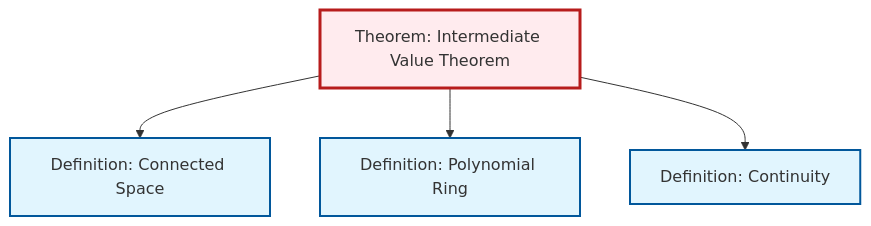
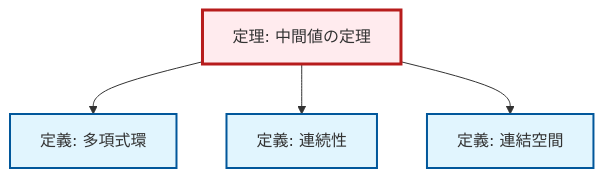
Before and after one commit to RK0429/ModernMath: the diagram in content/ja/topology/thm-intermediate-value.qmd, drawn with Mermaid. The commit also changed 1069 other files, not shown here.

````diff
--- a/content/ja/topology/thm-intermediate-value.qmd
+++ b/content/ja/topology/thm-intermediate-value.qmd
@@ -52,20 +52,20 @@
 ```{mermaid}
 %%| fig-cap: "Local dependency graph"
 graph TD
     classDef definition fill:#e1f5fe,stroke:#01579b,stroke-width:2px
     classDef theorem fill:#f3e5f5,stroke:#4a148c,stroke-width:2px
     classDef axiom fill:#fff3e0,stroke:#e65100,stroke-width:2px
     classDef example fill:#e8f5e9,stroke:#1b5e20,stroke-width:2px
     classDef current fill:#ffebee,stroke:#b71c1c,stroke-width:3px
-    thm-intermediate-value["Theorem: Intermediate Value Theorem"]:::theorem
-    def-connected["Definition: Connected Space"]:::definition
-    def-polynomial-ring["Definition: Polynomial Ring"]:::definition
-    def-continuity["Definition: Continuity"]:::definition
-    thm-intermediate-value --> def-connected
+    thm-intermediate-value["定理: 中間値の定理"]:::theorem
+    def-connected["定義: 連結空間"]:::definition
+    def-polynomial-ring["定義: 多項式環"]:::definition
+    def-continuity["定義: 連続性"]:::definition
     thm-intermediate-value --> def-polynomial-ring
     thm-intermediate-value --> def-continuity
+    thm-intermediate-value --> def-connected
     class thm-intermediate-value current
-    click def-connected "def-connected.html" "Definition: Connected Spaceへ"
-    click def-polynomial-ring "def-polynomial-ring.html" "Definition: Polynomial Ringへ"
-    click def-continuity "def-continuity.html" "Definition: Continuityへ"
+    click def-connected "def-connected.html" "連結空間の定義へ"
+    click def-polynomial-ring "def-polynomial-ring.html" "多項式環の定義へ"
+    click def-continuity "def-continuity.html" "連続性の定義へ"
 ```
````
